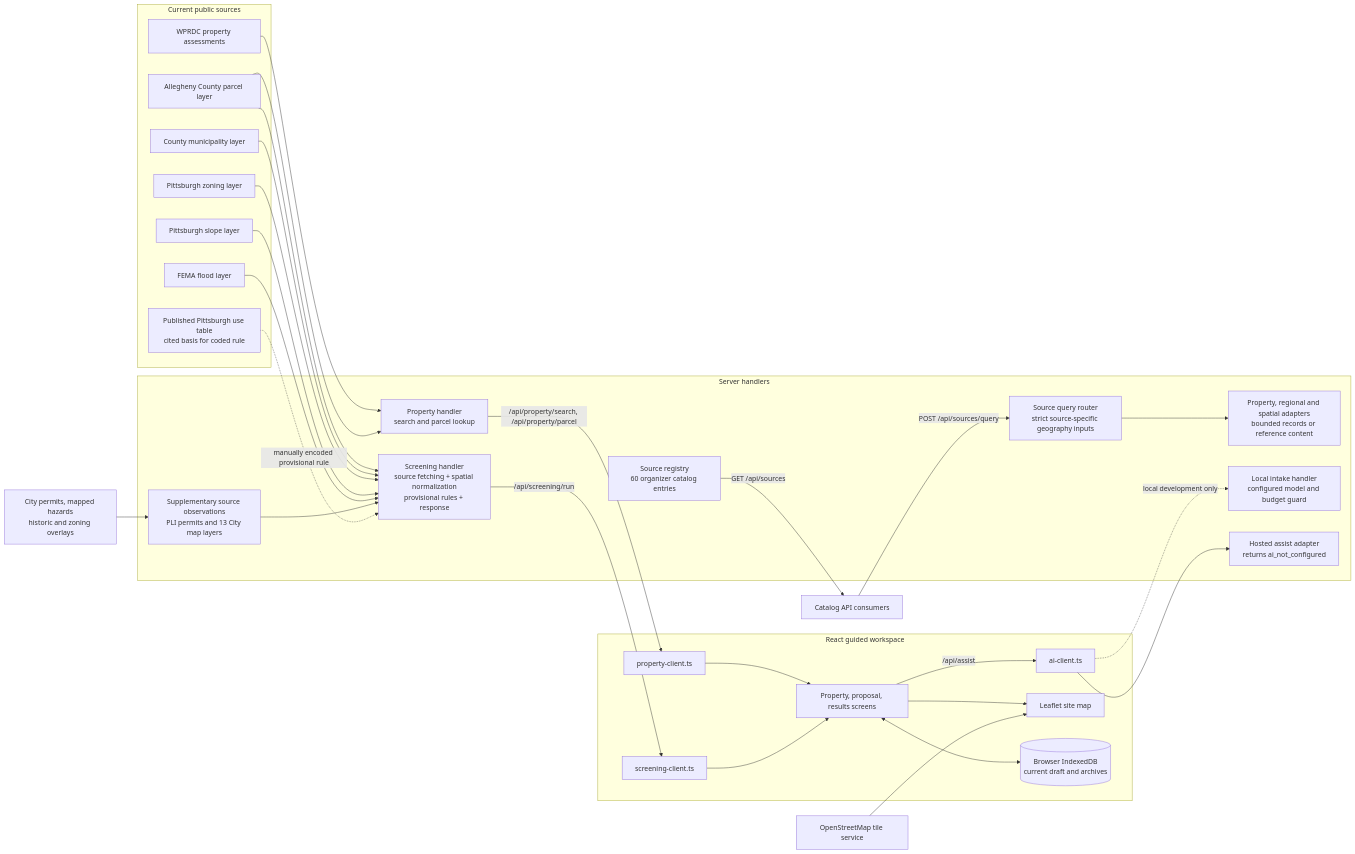
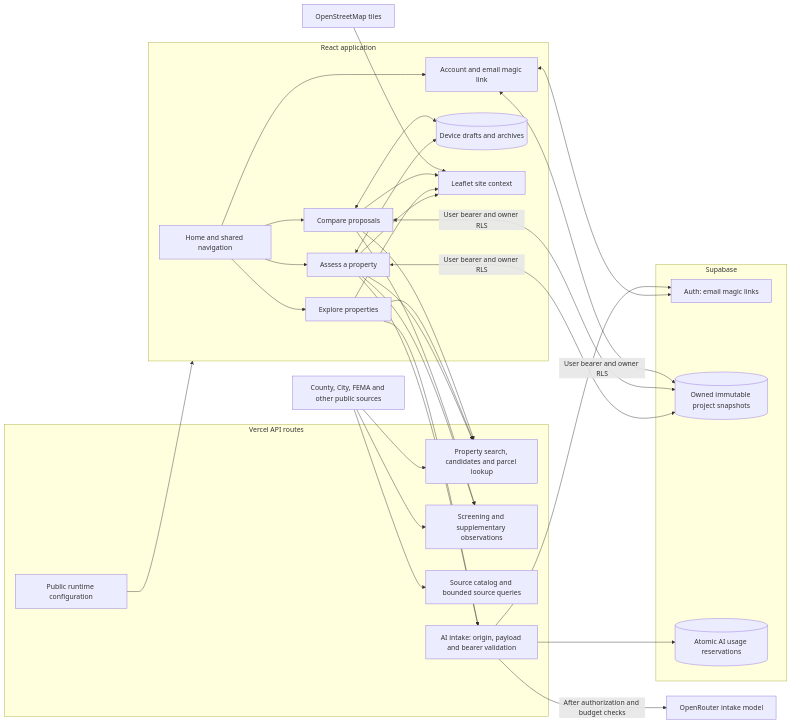
One commit to het-sheth/ai-housing-navigator changed the first of 2 diagrams in docs/architecture.md. Above: the diagram before and after it, drawn with Mermaid. The commit also changed other lines of this file and 51 other files, not shown here.

Commit message:
feat: connect accounts and bounded AI intake

````diff
--- a/docs/architecture.md
+++ b/docs/architecture.md
@@ -9,52 +9,38 @@
 ```mermaid
 flowchart LR
-  subgraph PublicSources[Current public sources]
-    W[WPRDC property assessments]
-    C[Allegheny County parcel layer]
-    M[County municipality layer]
-    Z[Pittsburgh zoning layer]
-    S[Pittsburgh slope layer]
-    F[FEMA flood layer]
-    R[Published Pittsburgh use table<br/>cited basis for coded rule]
+  subgraph Browser[React application]
+    HOME[Home and shared navigation]
+    WALK[Assess a property]
+    EXP[Explore properties]
+    COMP[Compare proposals]
+    ACCOUNT[Account and email magic link]
+    LOCAL[(Device drafts and archives)]
+    MAP[Leaflet site context]
+    HOME --> WALK & EXP & COMP & ACCOUNT
+    WALK & COMP <--> LOCAL
+    WALK & EXP & COMP --> MAP
   end
-
-  subgraph Server[Server handlers]
-    P[Property handler<br/>search and parcel lookup]
-    Q[Screening handler<br/>source fetching + spatial normalization<br/>provisional rules + response]
-    OBS[Supplementary source observations<br/>PLI permits and 13 City map layers]
-    REG[Source registry<br/>60 organizer catalog entries]
-    SQ[Source query router<br/>strict source-specific geography inputs]
-    AD[Property, regional and spatial adapters<br/>bounded records or reference content]
-    AI[Local intake handler<br/>configured model and budget guard]
-    OFF[Hosted assist adapter<br/>returns ai_not_configured]
+  subgraph Hosted[Vercel API routes]
+    CONFIG[Public runtime configuration]
+    PROPERTY[Property search, candidates and parcel lookup]
+    SCREEN[Screening and supplementary observations]
+    SOURCES[Source catalog and bounded source queries]
+    ASSIST[AI intake: origin, payload and bearer validation]
   end
-
-  subgraph UI[React guided workspace]
-    PC[property-client.ts]
-    SC[screening-client.ts]
-    AC[ai-client.ts]
-    GS[Property, proposal, results screens]
-    MAP[Leaflet site map]
-    DB[(Browser IndexedDB<br/>current draft and archives)]
+  subgraph Supabase[Supabase]
+    AUTH[Auth: email magic links]
+    SAVED[(Owned immutable project snapshots)]
+    LIMITS[(Atomic AI usage reservations)]
   end
-
-  W --> P
-  C --> P
-  C --> Q
-  M --> Q
-  Z --> Q
-  S --> Q
-  F --> Q
-  EXTRA[City permits, mapped hazards<br/>historic and zoning overlays] --> OBS --> Q
-  REG -->|GET /api/sources| CATALOG[Catalog API consumers]
-  CATALOG -->|POST /api/sources/query| SQ --> AD
-  R -. manually encoded provisional rule .-> Q
-  P -->|/api/property/search, /api/property/parcel| PC --> GS
-  Q -->|/api/screening/run| SC --> GS
-  GS <--> DB
-  GS -->|/api/assist| AC
-  AC --> OFF
-  AC -. local development only .-> AI
-  GS --> MAP
-  OSM[OpenStreetMap tile service] --> MAP
+  CONFIG --> Browser
+  WALK & EXP & COMP --> PROPERTY
+  WALK & COMP --> SCREEN
+  PUBLIC[County, City, FEMA and other public sources] --> PROPERTY & SCREEN & SOURCES
+  ACCOUNT <--> AUTH
+  WALK & COMP & ACCOUNT <-->|User bearer and owner RLS| SAVED
+  WALK & EXP --> ASSIST
+  ASSIST --> AUTH
+  ASSIST --> LIMITS
+  ASSIST -->|After authorization and budget checks| AI[OpenRouter intake model]
+  OSM[OpenStreetMap tiles] --> MAP
 ```
````
